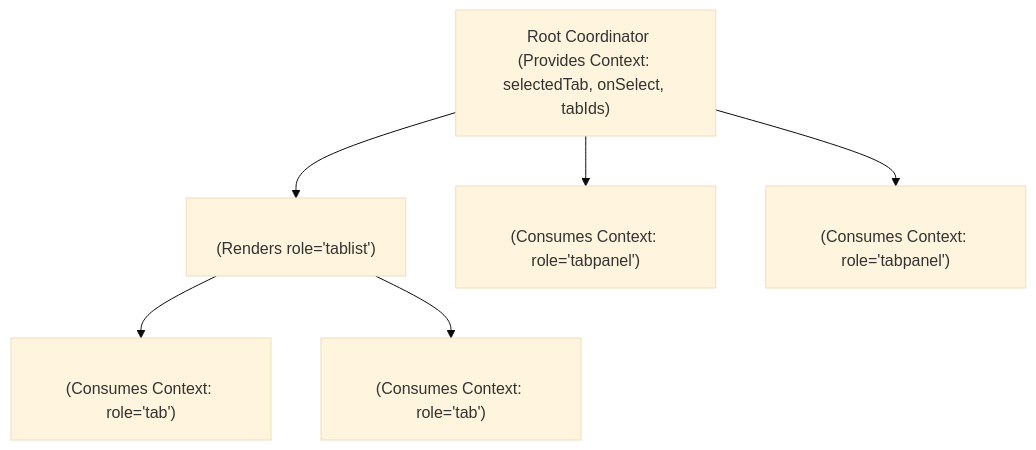
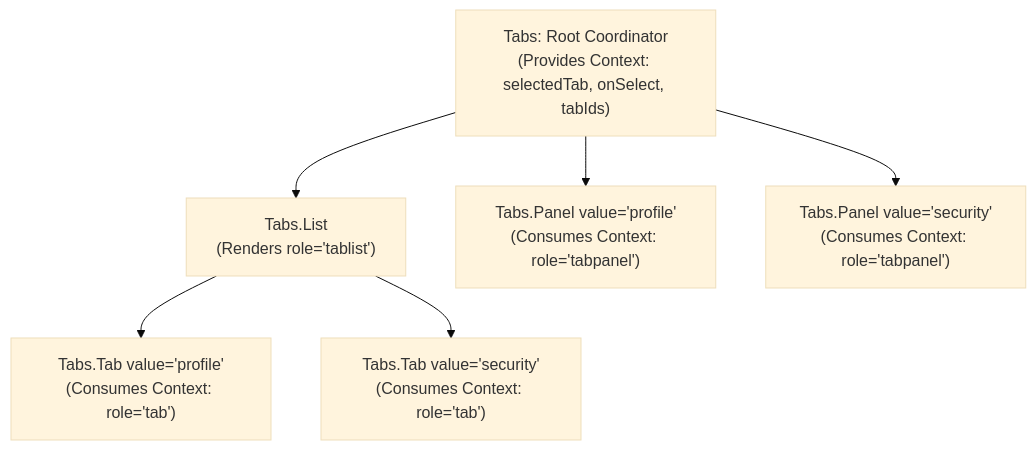
The eighth of 14 diagrams in content/book/Chapter_06_Component_Driven_Architecture_and_Design_Patterns.md (polla-fattah/frontend-book), drawn with Mermaid (base theme) before and after one commit. The commit also changed other lines of this file, not shown here.

````diff
--- a/content/book/Chapter_06_Component_Driven_Architecture_and_Design_Patterns.md
+++ b/content/book/Chapter_06_Component_Driven_Architecture_and_Design_Patterns.md
@@ -414,15 +371,15 @@
 ```mermaid
 flowchart TD
-    TabsRoot["<Tabs> Root Coordinator\n(Provides Context: selectedTab, onSelect, tabIds)"]
-    TabsList["<Tabs.List>\n(Renders role='tablist')"]
-    Tab1["<Tabs.Tab value='profile'>\n(Consumes Context: role='tab')"]
-    Tab2["<Tabs.Tab value='security'>\n(Consumes Context: role='tab')"]
-    Panel1["<Tabs.Panel value='profile'>\n(Consumes Context: role='tabpanel')"]
-    Panel2["<Tabs.Panel value='security'>\n(Consumes Context: role='tabpanel')"]
+    TabsRoot["Tabs: Root Coordinator\n(Provides Context: selectedTab, onSelect, tabIds)"]
+    TabsList["Tabs.List\n(Renders role='tablist')"]
+    Tab1["Tabs.Tab value='profile'\n(Consumes Context: role='tab')"]
+    Tab2["Tabs.Tab value='security'\n(Consumes Context: role='tab')"]
+    Panel1["Tabs.Panel value='profile'\n(Consumes Context: role='tabpanel')"]
+    Panel2["Tabs.Panel value='security'\n(Consumes Context: role='tabpanel')"]
 
     TabsRoot --> TabsList
     TabsRoot --> Panel1
     TabsRoot --> Panel2
     TabsList --> Tab1
     TabsList --> Tab2
 ```
````
